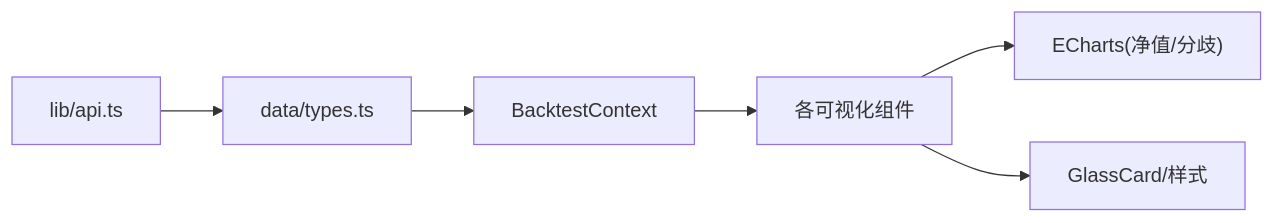
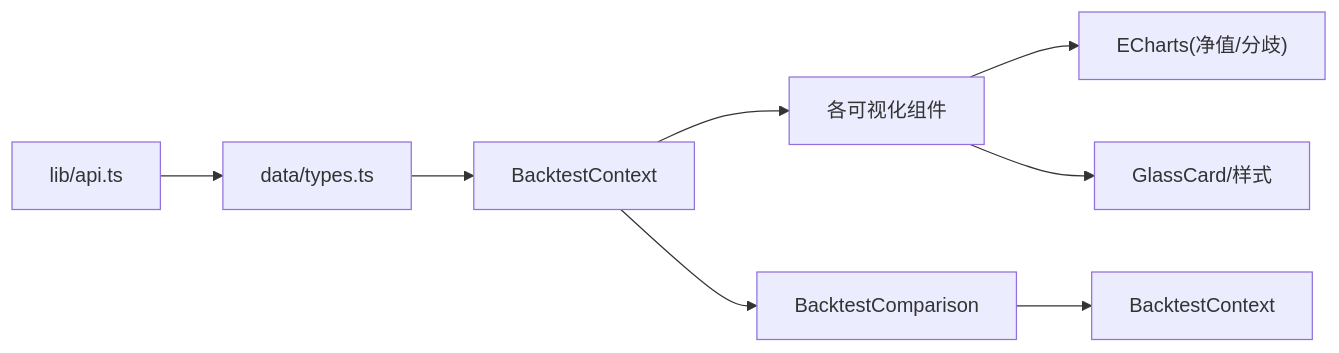
Diagram 11 of 11 in .qoder/repowiki/zh/content/前端开发指南/组件架构设计/屏幕组件架构/回测屏幕.md (javelin-dot/llmine-quant), drawn with Mermaid before and after one commit. The commit also changed other lines of this file and 19 other files, not shown here.

````diff
--- a/.qoder/repowiki/zh/content/前端开发指南/组件架构设计/屏幕组件架构/回测屏幕.md
+++ b/.qoder/repowiki/zh/content/前端开发指南/组件架构设计/屏幕组件架构/回测屏幕.md
@@ -349,8 +412,10 @@
 ```mermaid
 graph LR
 API["lib/api.ts"] --> Types["data/types.ts"]
 Types --> Ctx["BacktestContext"]
 Ctx --> Comp["各可视化组件"]
+Ctx --> BC["BacktestComparison"]
 Comp --> ECharts["ECharts(净值/分歧)"]
 Comp --> Style["GlassCard/样式"]
+BC --> Context["BacktestContext"]
 ```
````
